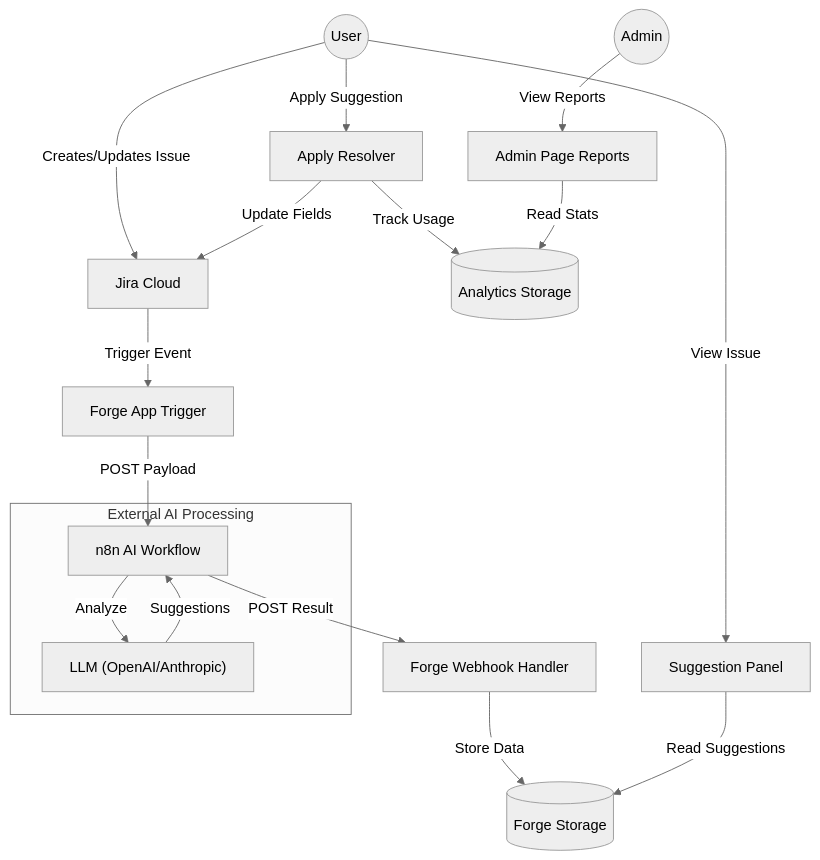
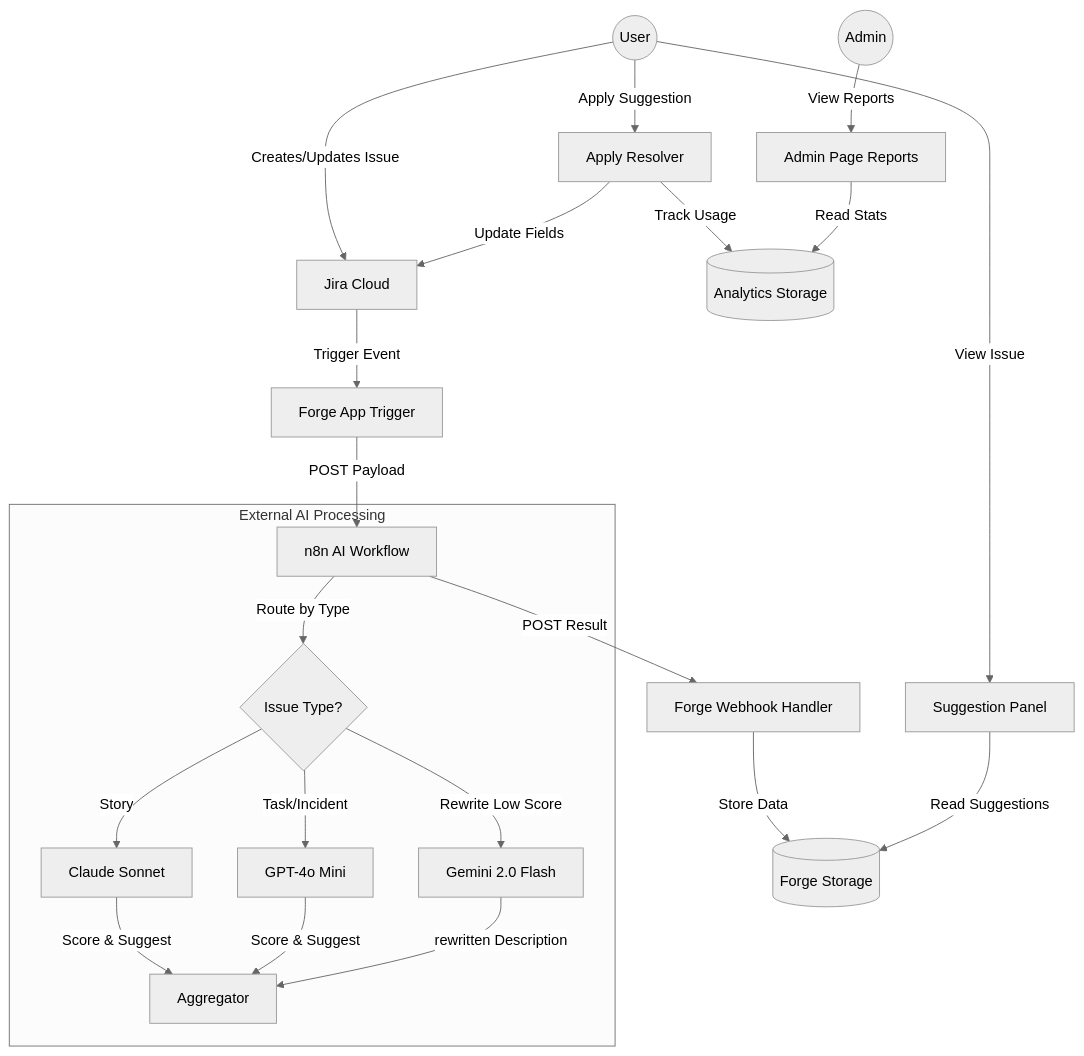
Before and after one commit to jabrealmoe/ai-suggest: the diagram in README.md, drawn with Mermaid (neutral theme). The commit also changed other lines of this file and 1 other file, not shown here.

````diff
--- a/README.md
+++ b/README.md
@@ -65,24 +77,30 @@
 ```mermaid
 graph TD
     User((User)) -->|Creates/Updates Issue| Jira[Jira Cloud]
     Jira -->|Trigger Event| ForgeTrigger[Forge App Trigger]
     ForgeTrigger -->|POST Payload| N8N[n8n AI Workflow]
     
     subgraph "External AI Processing"
-        N8N -->|Analyze| LLM["LLM (OpenAI/Anthropic)"]
-        LLM -->|Suggestions| N8N
+        N8N -->|Route by Type| Router{Issue Type?}
+        Router -->|Story| Anthropic[Claude Sonnet]
+        Router -->|Task/Incident| OpenAI[GPT-4o Mini]
+        Router -->|Rewrite Low Score| Gemini[Gemini 2.0 Flash]
+        
+        Anthropic -->|Score & Suggest| Aggregator
+        OpenAI -->|Score & Suggest| Aggregator
+        Gemini -->| rewritten Description| Aggregator
     end
     
     N8N -->|POST Result| ForgeWebhook[Forge Webhook Handler]
     ForgeWebhook -->|Store Data| DB[(Forge Storage)]
     
     User -->|View Issue| UI[Suggestion Panel]
     UI -->|Read Suggestions| DB
     
     User -->|Apply Suggestion| ApplyFn[Apply Resolver]
     ApplyFn -->|Update Fields| Jira
     ApplyFn -->|Track Usage| Analytics[(Analytics Storage)]
     
     Admin((Admin)) -->|View Reports| ReportsUI[Admin Page Reports]
     ReportsUI -->|Read Stats| Analytics
 ```
````
